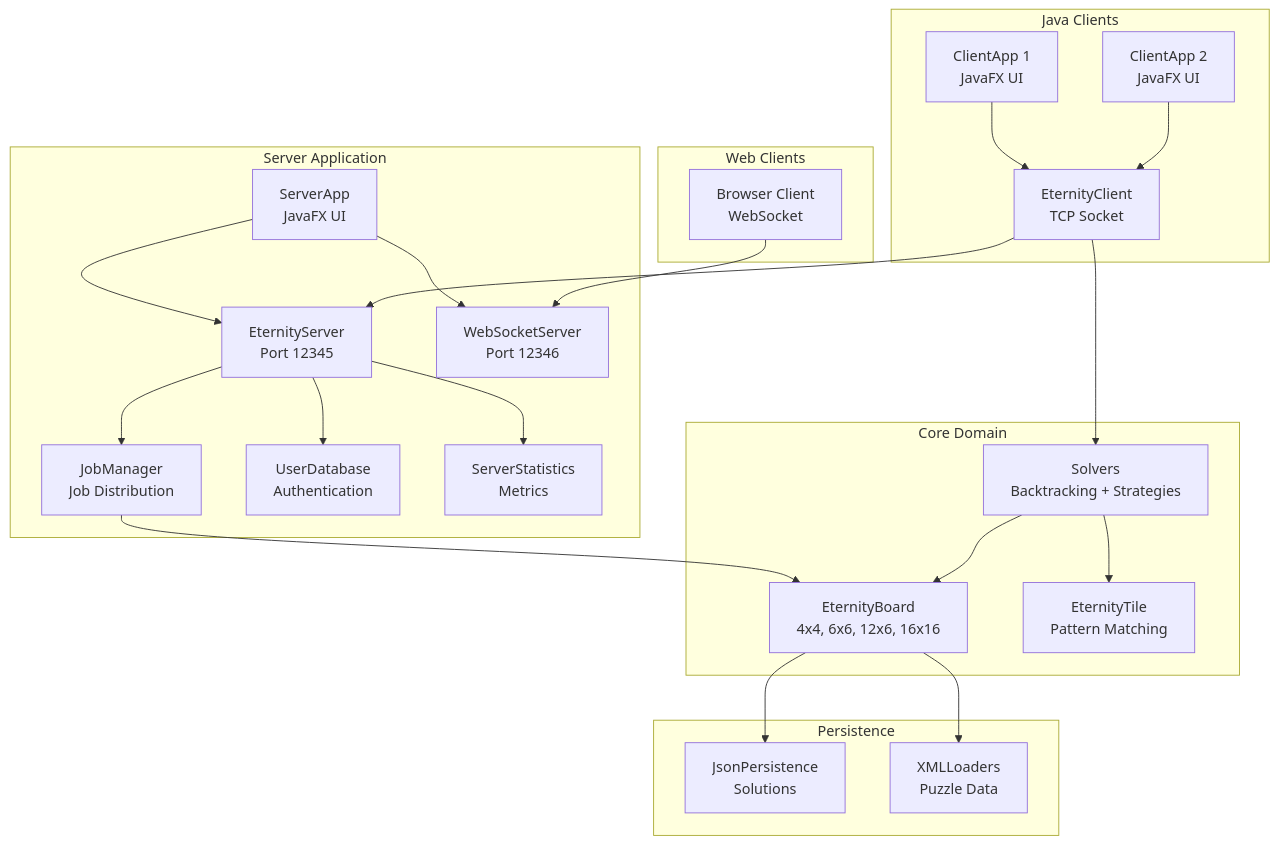
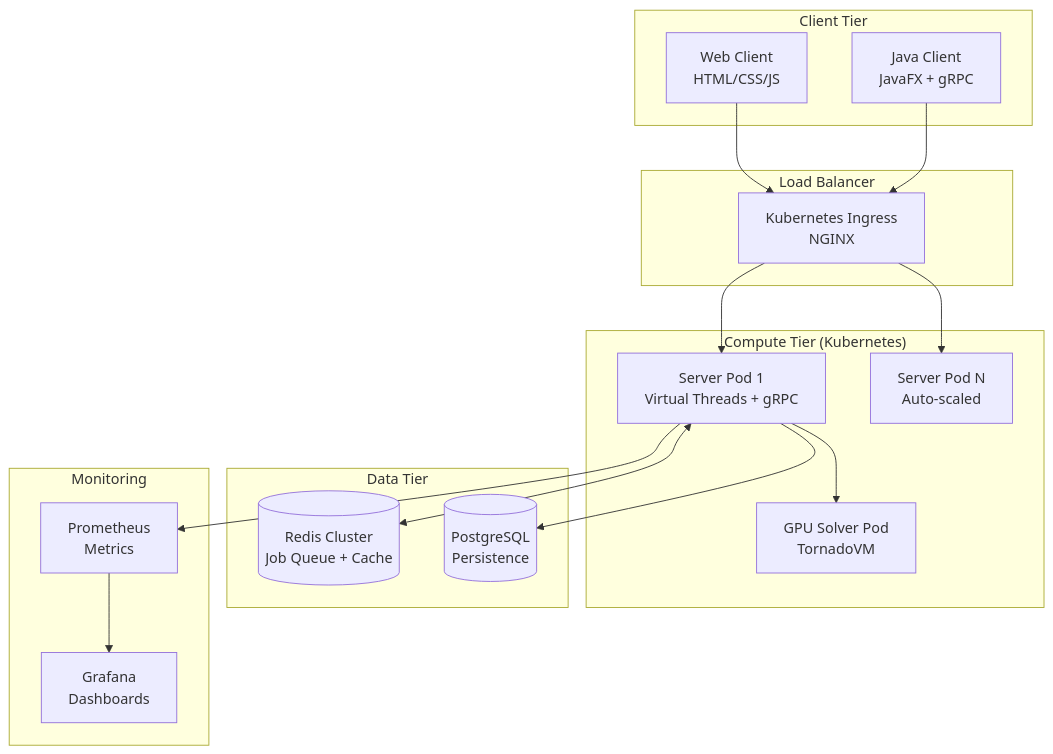
The diagram in ARCHITECTURE.md (silveremartin-dev/Eternity), drawn with Mermaid before and after one commit. The commit also changed other lines of this file and 14 other files, not shown here.

Commit message:
Phase 8: Quality - I18n + CI/CD + Puzzle Editor + Architecture cleanup

````diff
--- a/ARCHITECTURE.md
+++ b/ARCHITECTURE.md
@@ -9,51 +23,37 @@
 ```mermaid
 graph TB
-    subgraph "Server Application"
-        ServerApp[ServerApp<br/>JavaFX UI]
-        EternityServer[EternityServer<br/>Port 12345]
-        WSServer[WebSocketServer<br/>Port 12346]
-        JobManager[JobManager<br/>Job Distribution]
-        UserDB[UserDatabase<br/>Authentication]
-        Stats[ServerStatistics<br/>Metrics]
+    subgraph "Client Tier"
+        WebClient[Web Client<br/>HTML/CSS/JS]
+        JavaClient[Java Client<br/>JavaFX + gRPC]
     end
     
-    subgraph "Java Clients"
-        ClientApp1[ClientApp 1<br/>JavaFX UI]
-        ClientApp2[ClientApp 2<br/>JavaFX UI]
-        EternityClient[EternityClient<br/>TCP Socket]
+    subgraph "Load Balancer"
+        Ingress[Kubernetes Ingress<br/>NGINX]
     end
     
-    subgraph "Web Clients"
-        WebClient[Browser Client<br/>WebSocket]
+    subgraph "Compute Tier (Kubernetes)"
+        ServerPod1[Server Pod 1<br/>Virtual Threads + gRPC]
+        ServerPod2[Server Pod N<br/>Auto-scaled]
+        GPUPod1[GPU Solver Pod<br/>TornadoVM]
     end
     
-    subgraph "Core Domain"
-        Board[EternityBoard<br/>4x4, 6x6, 12x6, 16x16]
-        Tile[EternityTile<br/>Pattern Matching]
-        Solver[Solvers<br/>Backtracking + Strategies]
+    subgraph "Data Tier"
+        Redis[(Redis Cluster<br/>Job Queue + Cache)]
+        PostgreSQL[(PostgreSQL<br/>Persistence)]
     end
     
-    subgraph "Persistence"
-        JSON[JsonPersistence<br/>Solutions]
-        XML[XMLLoaders<br/>Puzzle Data]
+    subgraph "Monitoring"
+        Prometheus[Prometheus<br/>Metrics]
+        Grafana[Grafana<br/>Dashboards]
     end
     
-    ServerApp --> EternityServer
-    ServerApp --> WSServer
-    EternityServer --> JobManager
-    EternityServer --> UserDB
-    EternityServer --> Stats
-    
-    ClientApp1 --> EternityClient
-    ClientApp2 --> EternityClient
-    EternityClient --> EternityServer
-    WebClient --> WSServer
-    
-    JobManager --> Board
-    EternityClient --> Solver
-    Solver --> Board
-    Solver --> Tile
-    
-    Board --> JSON
-    Board --> XML
+    WebClient --> Ingress
+    JavaClient --> Ingress
+    Ingress --> ServerPod1
+    Ingress --> ServerPod2
+    ServerPod1 --> GPUPod1
+    ServerPod1 <--> Redis
+    ServerPod1 --> PostgreSQL
+    ServerPod1 --> Prometheus
+    Prometheus --> Grafana
 ```
````
